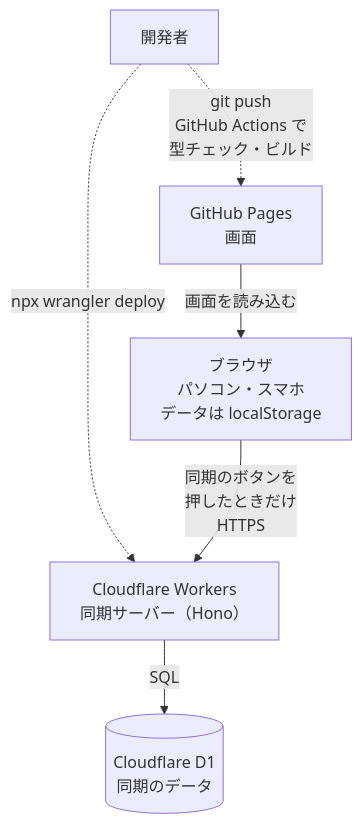
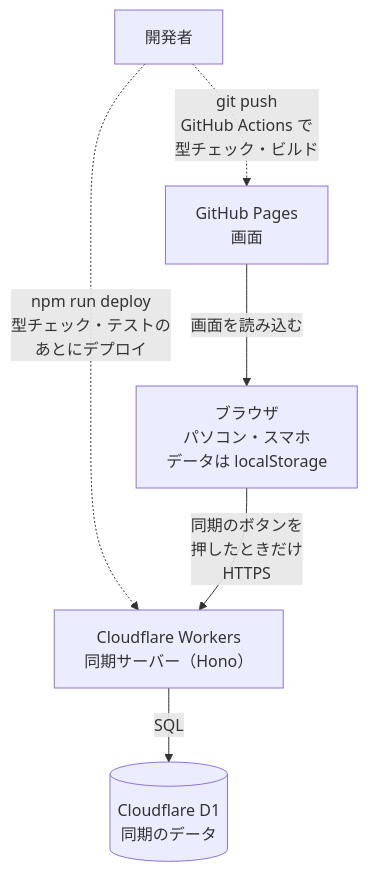
Before and after one commit to syugo1142/gbf-tracker: the diagram in README.md, drawn with Mermaid. The commit also changed other lines of this file and 5 other files, not shown here.

````diff
--- a/README.md
+++ b/README.md
@@ -54,14 +54,14 @@
 ```mermaid
 flowchart TB
   dev["開発者"]
   pages["GitHub Pages<br>画面"]
   browser["ブラウザ<br>パソコン・スマホ<br>データは localStorage"]
   worker["Cloudflare Workers<br>同期サーバー（Hono）"]
   d1[("Cloudflare D1<br>同期のデータ")]
 
   dev -.->|"git push<br>GitHub Actions で<br>型チェック・ビルド"| pages
-  dev -.->|"npx wrangler deploy"| worker
+  dev -.->|"npm run deploy<br>型チェック・テストの<br>あとにデプロイ"| worker
   pages -->|"画面を読み込む"| browser
   browser -->|"同期のボタンを<br>押したときだけ<br>HTTPS"| worker
   worker -->|"SQL"| d1
 ```
````
